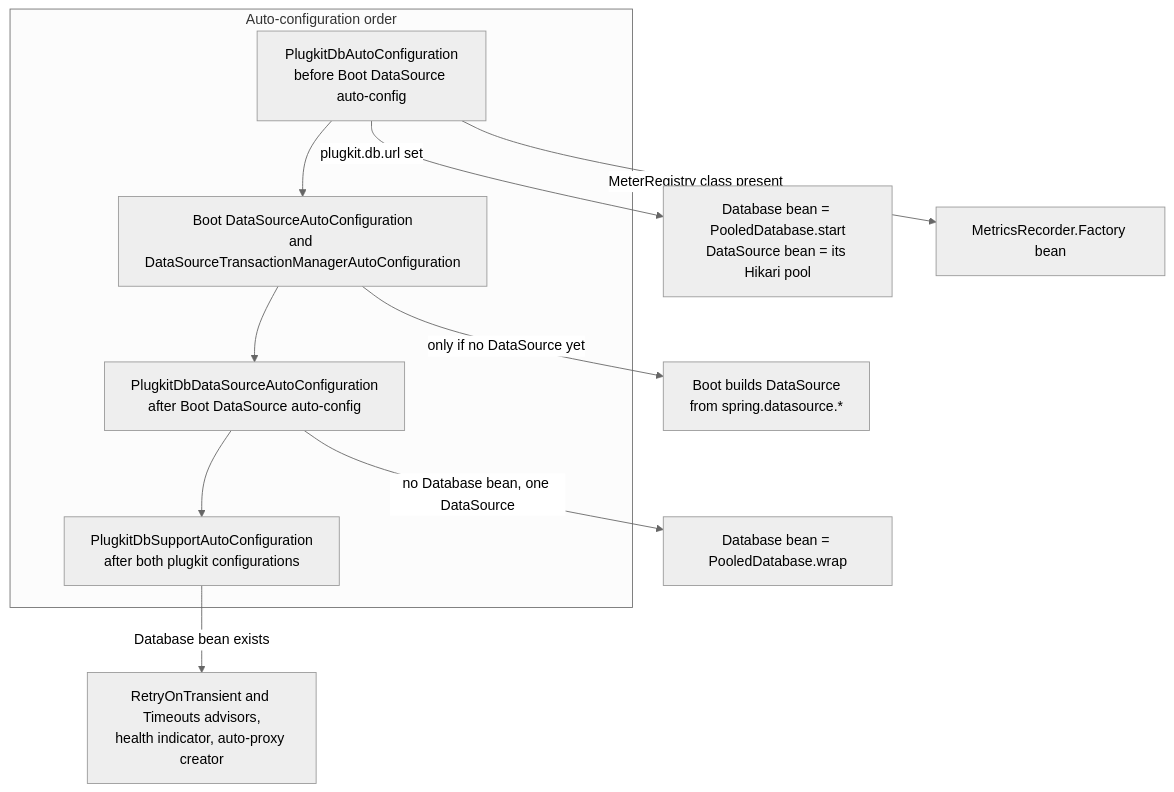
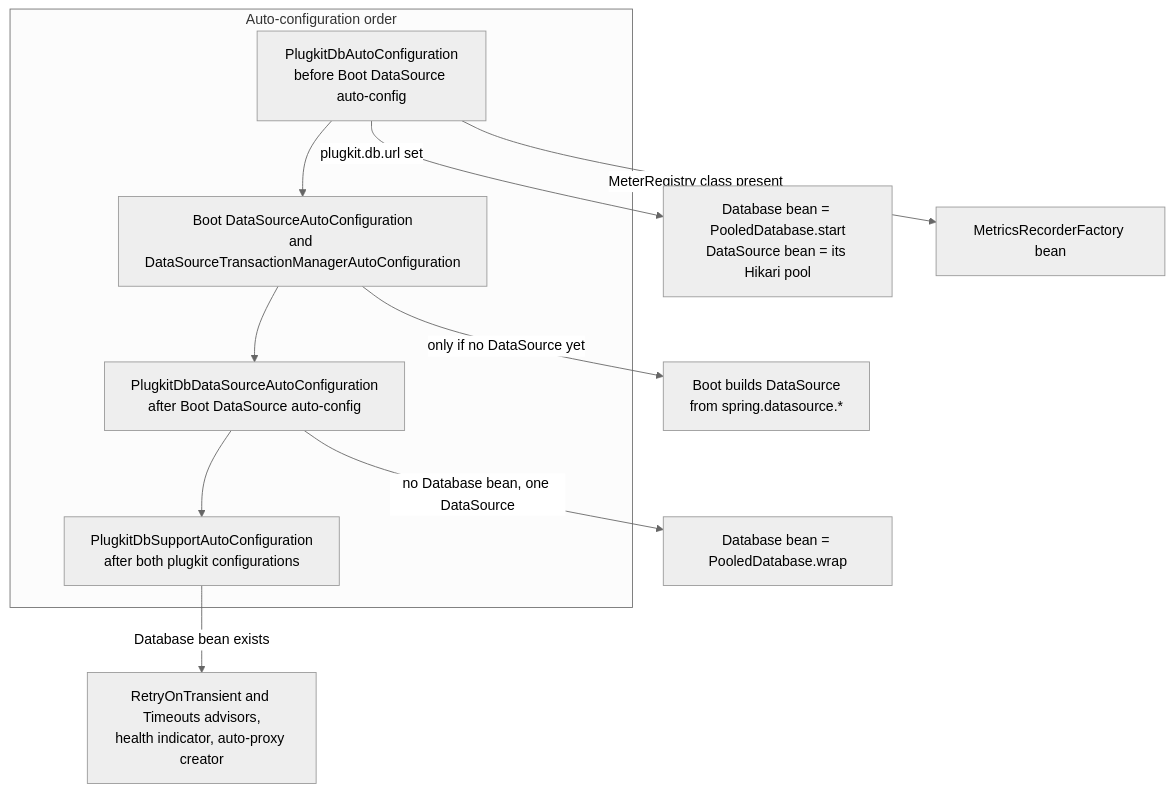
The fifth of 6 diagrams in plugkit-db/docs/adr/0005-integrations.md (varnit-ta/plugkit-util), drawn with Mermaid (neutral theme) before and after one commit. The commit also changed other lines of this file and 76 other files, not shown here.

````diff
--- a/plugkit-db/docs/adr/0005-integrations.md
+++ b/plugkit-db/docs/adr/0005-integrations.md
@@ -296,15 +296,15 @@
 ```mermaid
 flowchart TD
     subgraph order[Auto-configuration order]
         A1[PlugkitDbAutoConfiguration<br/>before Boot DataSource auto-config]
         B1[Boot DataSourceAutoConfiguration<br/>and DataSourceTransactionManagerAutoConfiguration]
         A2[PlugkitDbDataSourceAutoConfiguration<br/>after Boot DataSource auto-config]
         A3[PlugkitDbSupportAutoConfiguration<br/>after both plugkit configurations]
         A1 --> B1 --> A2 --> A3
     end
     A1 -->|plugkit.db.url set| OWN[Database bean = PooledDatabase.start<br/>DataSource bean = its Hikari pool]
-    A1 -->|MeterRegistry class present| MET[MetricsRecorder.Factory bean]
+    A1 -->|MeterRegistry class present| MET[MetricsRecorderFactory bean]
     B1 -->|only if no DataSource yet| BOOTDS[Boot builds DataSource<br/>from spring.datasource.*]
     A2 -->|no Database bean, one DataSource| WRAP[Database bean = PooledDatabase.wrap]
     A3 -->|Database bean exists| SUP[RetryOnTransient and Timeouts advisors,<br/>health indicator, auto-proxy creator]
 ```
````
